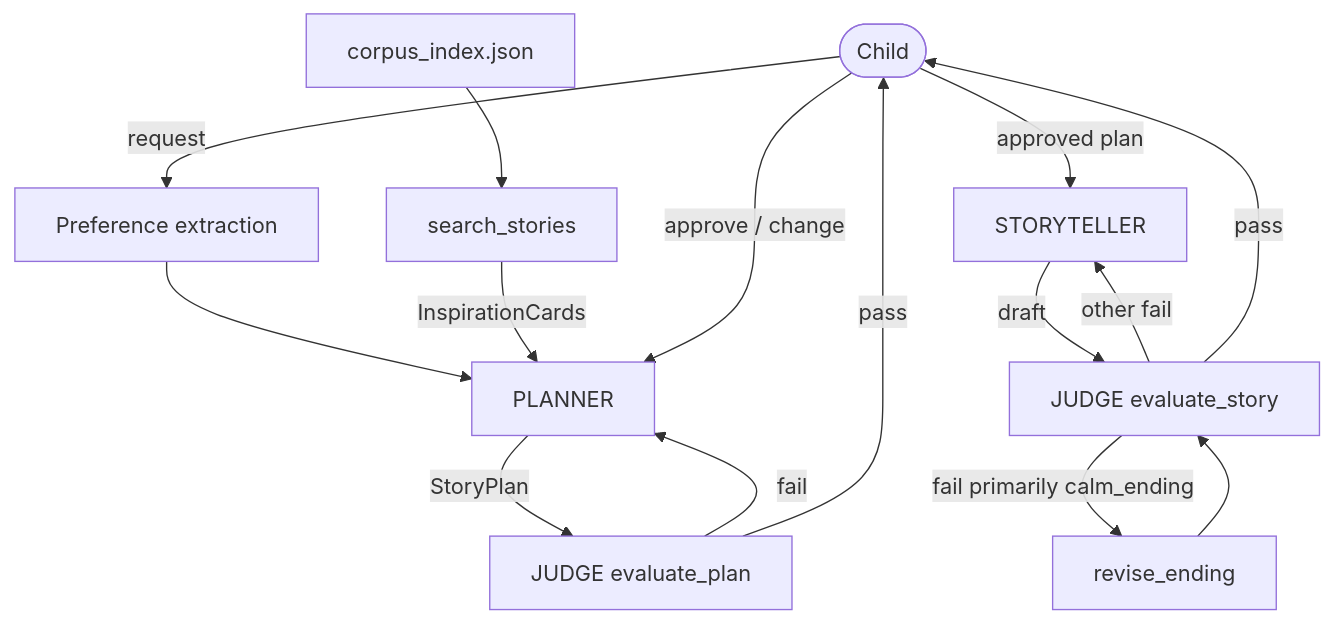
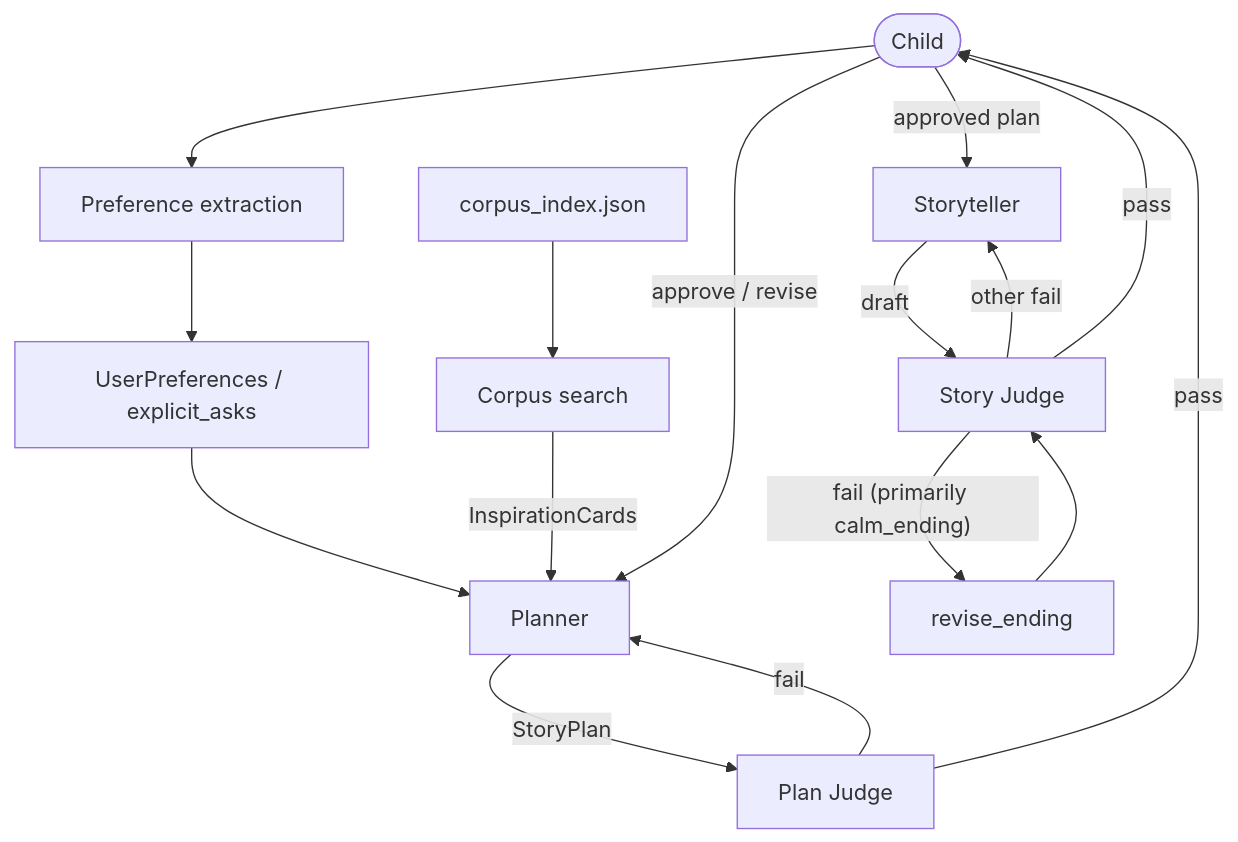
One commit to ParthaSarathiDutta/BedtimeStoryForKids changed the diagram in README.md. Above: the diagram before and after it, drawn with Mermaid. The commit also changed other lines of this file and 3 other files, not shown here.

````diff
--- a/README.md
+++ b/README.md
@@ -99,18 +57,20 @@
 ```mermaid
 flowchart TD
-    Child(["Child"]) -->|"request"| Extract["Preference extraction"]
-    Extract --> Planner["PLANNER"]
-    Index["corpus_index.json"] --> Search["search_stories"]
+    Child(["Child"]) --> Extract["Preference extraction"]
+    Extract --> Prefs["UserPreferences / explicit_asks"]
+    Prefs --> Planner["Planner"]
+    Index["corpus_index.json"] --> Search["Corpus search"]
     Search -->|"InspirationCards"| Planner
-    Planner -->|"StoryPlan"| JudgeP["JUDGE evaluate_plan"]
+
+    Planner -->|"StoryPlan"| JudgeP["Plan Judge"]
     JudgeP -->|"fail"| Planner
     JudgeP -->|"pass"| Child
-    Child -->|"approve / change"| Planner
+    Child -->|"approve / revise"| Planner
 
-    Child -->|"approved plan"| Teller["STORYTELLER"]
-    Teller -->|"draft"| JudgeS["JUDGE evaluate_story"]
-    JudgeS -->|"fail primarily calm_ending"| Ending["revise_ending"]
+    Child -->|"approved plan"| Teller["Storyteller"]
+    Teller -->|"draft"| JudgeS["Story Judge"]
+    JudgeS -->|"fail (primarily calm_ending)"| Ending["revise_ending"]
     Ending --> JudgeS
     JudgeS -->|"other fail"| Teller
     JudgeS -->|"pass"| Child
 ```
````
